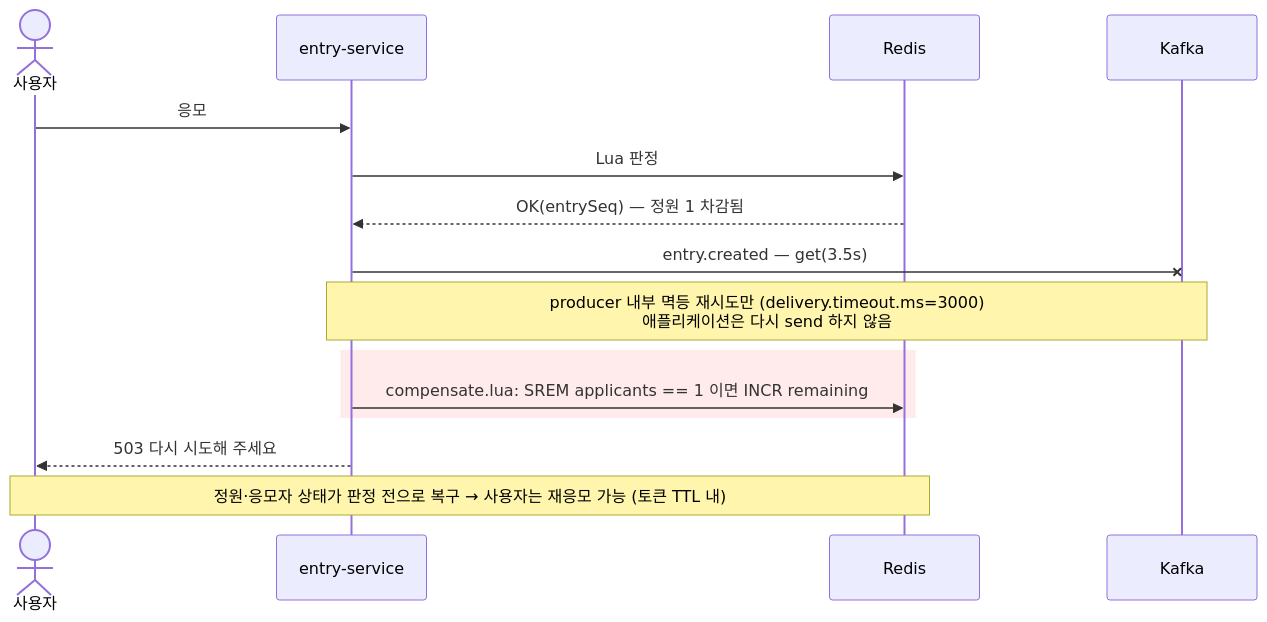
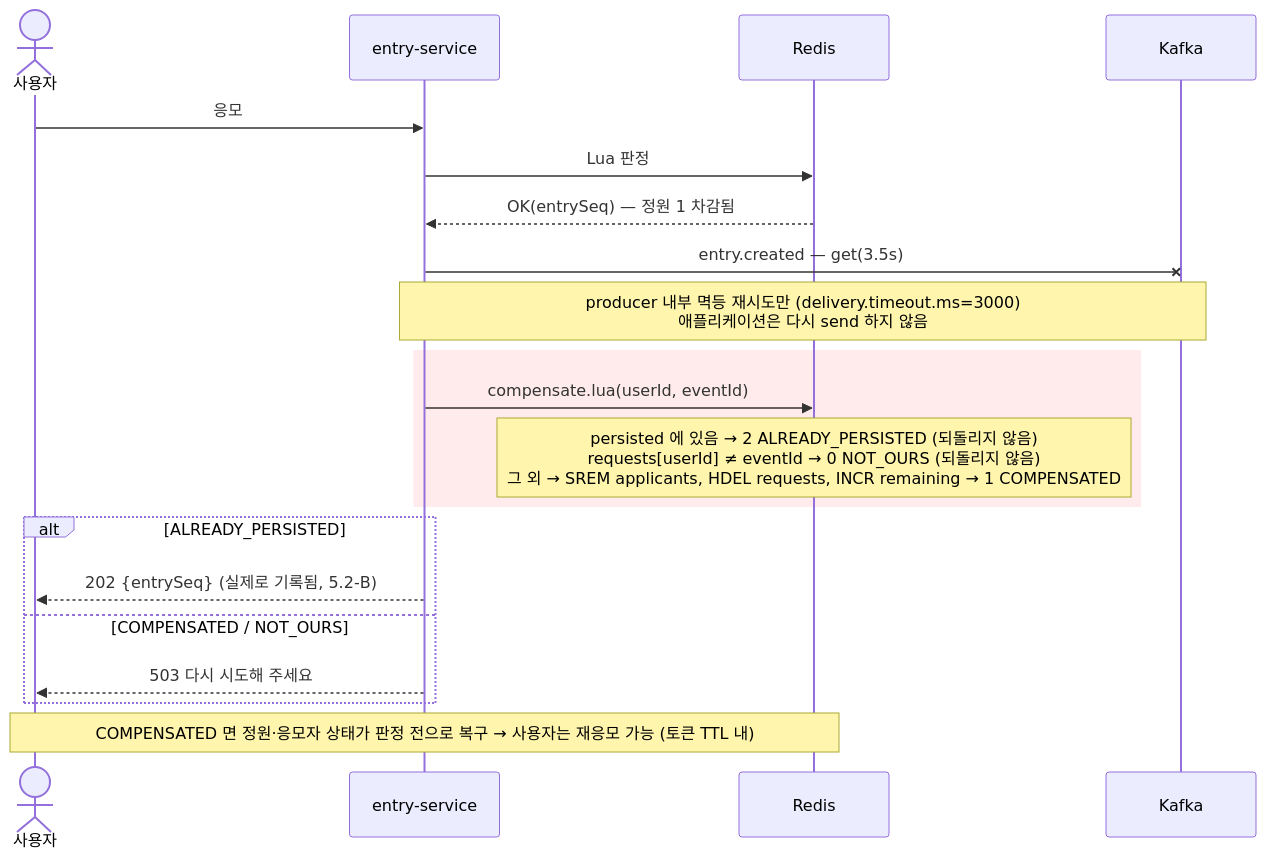
The sixth of 12 diagrams in docs/design/08-sequence-diagram/sequence-diagram.md (dd-jiny/queue-drop), drawn with Mermaid before and after one commit. The commit also changed other lines of this file and 8 other files, not shown here.

````diff
--- a/docs/design/08-sequence-diagram/sequence-diagram.md
+++ b/docs/design/08-sequence-diagram/sequence-diagram.md
@@ -287,18 +289,23 @@
 ```mermaid
 sequenceDiagram
     actor U as 사용자
     participant ES as entry-service
     participant R as Redis
     participant K as Kafka
 
     U->>ES: 응모
     ES->>R: Lua 판정
     R-->>ES: OK(entrySeq) — 정원 1 차감됨
     ES-xK: entry.created — get(3.5s)
     Note over ES,K: producer 내부 멱등 재시도만 (delivery.timeout.ms=3000)<br/>애플리케이션은 다시 send 하지 않음
     rect rgb(255, 235, 235)
-    ES->>R: compensate.lua: SREM applicants == 1 이면 INCR remaining
+    ES->>R: compensate.lua(userId, eventId)
+    Note over R: persisted 에 있음 → 2 ALREADY_PERSISTED (되돌리지 않음)<br/>requests[userId] ≠ eventId → 0 NOT_OURS (되돌리지 않음)<br/>그 외 → SREM applicants, HDEL requests, INCR remaining → 1 COMPENSATED
     end
-    ES-->>U: 503 다시 시도해 주세요
-    Note over U,R: 정원·응모자 상태가 판정 전으로 복구 → 사용자는 재응모 가능 (토큰 TTL 내)
+    alt ALREADY_PERSISTED
+        ES-->>U: 202 {entrySeq} (실제로 기록됨, 5.2-B)
+    else COMPENSATED / NOT_OURS
+        ES-->>U: 503 다시 시도해 주세요
+    end
+    Note over U,R: COMPENSATED 면 정원·응모자 상태가 판정 전으로 복구 → 사용자는 재응모 가능 (토큰 TTL 내)
 ```
````
